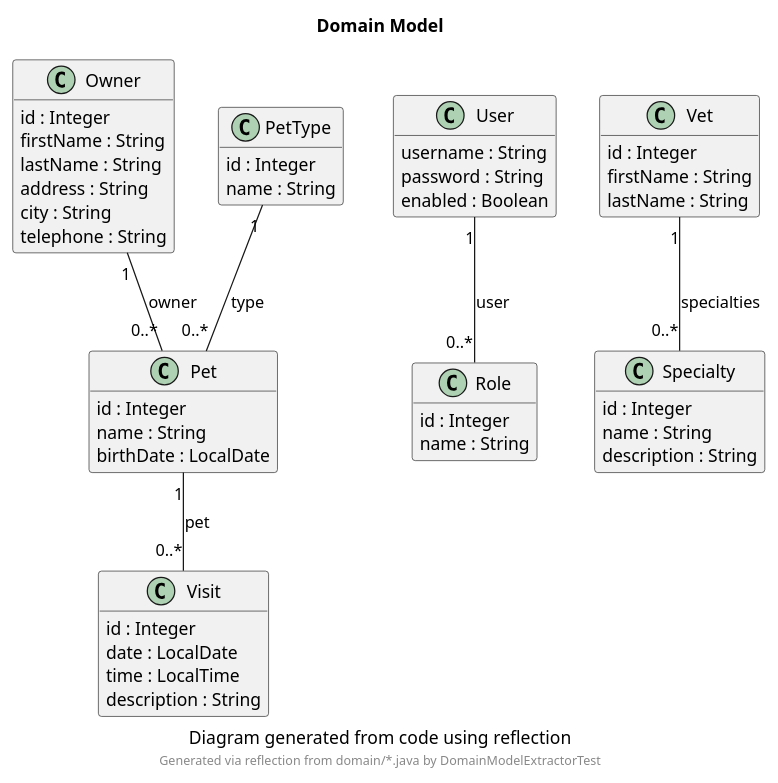
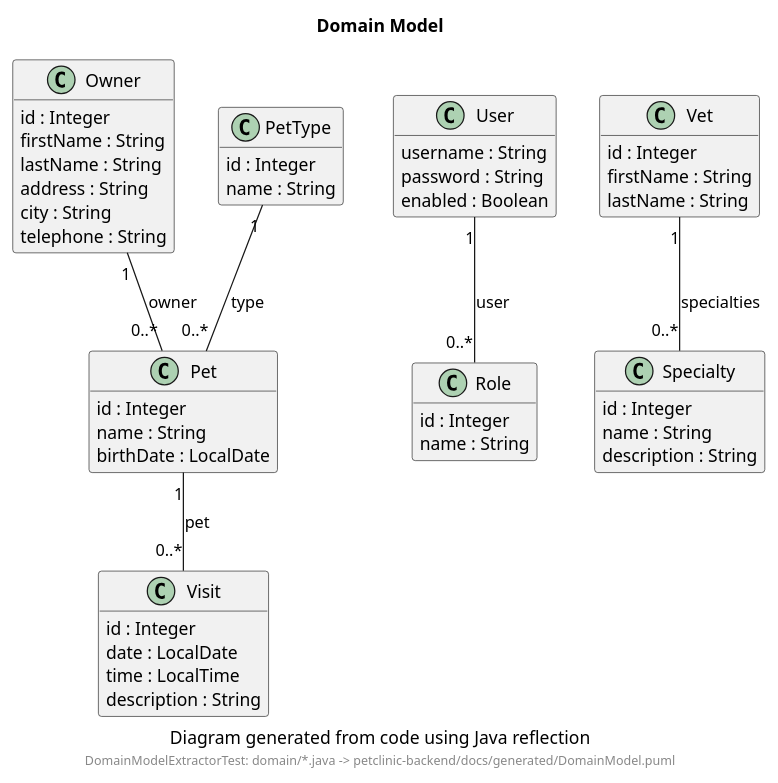
The diagram in petclinic-backend/docs/generated/DomainModel.puml (victorrentea/petclinic), drawn with PlantUML before and after one commit. The commit also changed 4 other files, not shown here.

First line of the commit message:
docs(diagrams): say generated, and point the footer at the file it wrote

```diff
--- a/petclinic-backend/docs/generated/DomainModel.puml
+++ b/petclinic-backend/docs/generated/DomainModel.puml
@@ -1,59 +1,59 @@
 @startuml
 
 title Domain Model
-caption Diagram generated from code using reflection
-footer Generated via reflection from domain/*.java by DomainModelExtractorTest
+caption Diagram generated from code using Java reflection
+footer DomainModelExtractorTest: domain/*.java -> petclinic-backend/docs/generated/DomainModel.puml
 
 hide empty members
 skinparam classAttributeIconSize 0
 
 class Owner {
   id : Integer
   firstName : String
   lastName : String
   address : String
   city : String
   telephone : String
 }
 class Pet {
   id : Integer
   name : String
   birthDate : LocalDate
 }
 class PetType {
   id : Integer
   name : String
 }
 class Role {
   id : Integer
   name : String
 }
 class Specialty {
   id : Integer
   name : String
   description : String
 }
 class User {
   username : String
   password : String
   enabled : Boolean
 }
 class Vet {
   id : Integer
   firstName : String
   lastName : String
 }
 class Visit {
   id : Integer
   date : LocalDate
   time : LocalTime
   description : String
 }
 
 Owner "1" -- "0..*" Pet : owner
 Pet "1" -- "0..*" Visit : pet
 PetType "1" -- "0..*" Pet : type
 User "1" -- "0..*" Role : user
 Vet "1" -- "0..*" Specialty : specialties
 
 @enduml
```
